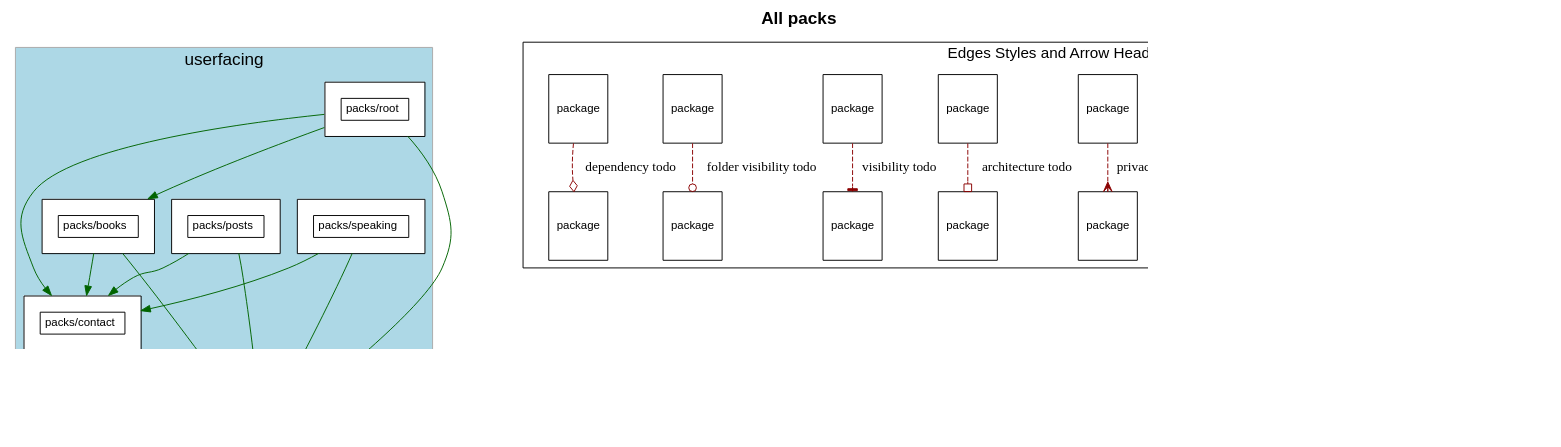
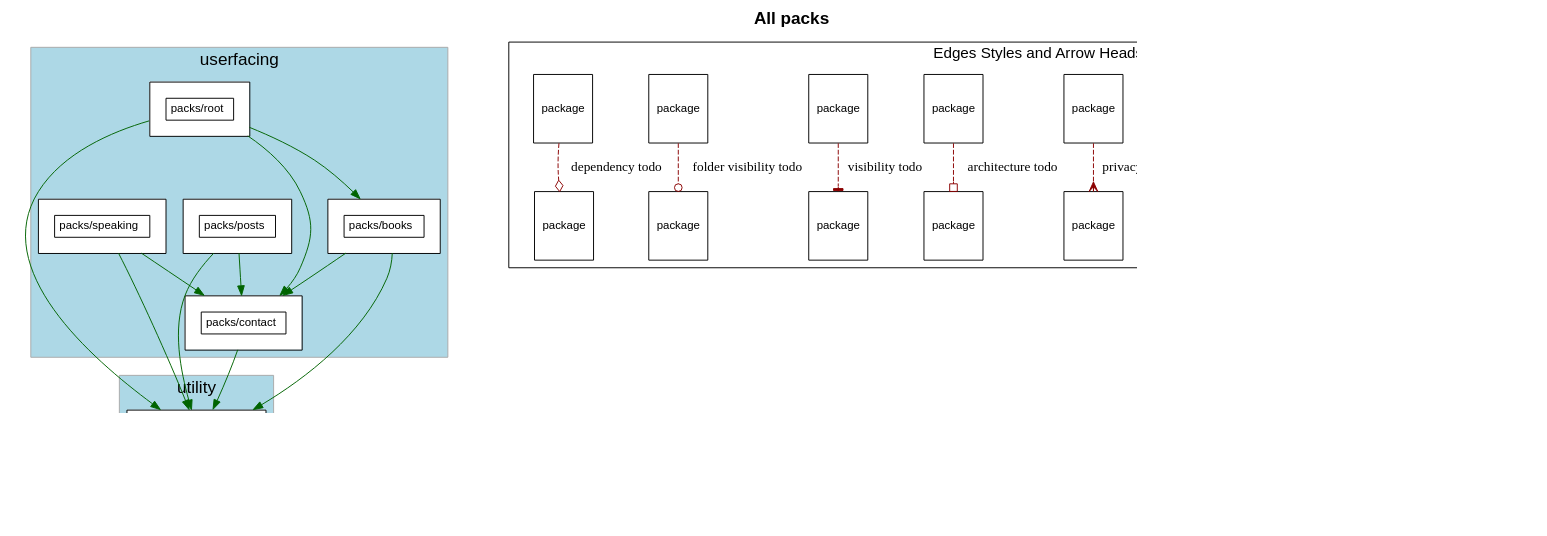
The diagram in packs.dot (shageman/stephanhagemann.com), drawn with Graphviz before and after one commit. The commit also changed 11 other files, not shown here.

```diff
--- a/packs.dot
+++ b/packs.dot
@@ -1,194 +1,195 @@
 digraph package_diagram {
   rankdir=TD
   graph [
     labelloc="t"
     fontname="Helvetica,Arial,sans-serif"
     dpi=100
     layout=dot
     label=<<b>All packs</b><br/>>
     fontsize=18
   ]
   node [
     fontname="Helvetica,Arial,sans-serif"
     fontsize=26.0
     fontcolor=black
     fillcolor=white
     color=black
     height=1.0
     style=filled
     shape=plain
   ]
     subgraph application_harness {
       shape=box
       color=darkgrey
       fillcolor=lightblue
       style=filled
         label="application_harness"
         cluster=true
         rank = 0    }
     subgraph userfacing {
       shape=box
       color=darkgrey
       fillcolor=lightblue
       style=filled
         label="userfacing"
         cluster=true
         rank = 1        "packs/books" [
             fontsize=12.0
             label= <
                 <table border='0' cellborder='1' cellspacing='0' cellpadding='16'><tr><td>
                   <table border='0' cellborder='1' cellspacing='0' cellpadding='4'>
                     <tr> <td port='private'> packs/books </td> </tr>
                   </table>
                   </td></tr>
                   </table>
               >
           ]
         
         "packs/contact" [
             fontsize=12.0
             label= <
                 <table border='0' cellborder='1' cellspacing='0' cellpadding='16'><tr><td>
                   <table border='0' cellborder='1' cellspacing='0' cellpadding='4'>
                     <tr> <td port='private'> packs/contact </td> </tr>
                   </table>
                   </td></tr>
                   </table>
               >
           ]
         
         "packs/posts" [
             fontsize=12.0
             label= <
                 <table border='0' cellborder='1' cellspacing='0' cellpadding='16'><tr><td>
                   <table border='0' cellborder='1' cellspacing='0' cellpadding='4'>
                     <tr> <td port='private'> packs/posts </td> </tr>
                   </table>
                   </td></tr>
                   </table>
               >
           ]
         
         "packs/root" [
             fontsize=12.0
             label= <
                 <table border='0' cellborder='1' cellspacing='0' cellpadding='16'><tr><td>
                   <table border='0' cellborder='1' cellspacing='0' cellpadding='4'>
                     <tr> <td port='private'> packs/root </td> </tr>
                   </table>
                   </td></tr>
                   </table>
               >
           ]
         
         "packs/speaking" [
             fontsize=12.0
             label= <
                 <table border='0' cellborder='1' cellspacing='0' cellpadding='16'><tr><td>
                   <table border='0' cellborder='1' cellspacing='0' cellpadding='4'>
                     <tr> <td port='private'> packs/speaking </td> </tr>
                   </table>
                   </td></tr>
                   </table>
               >
           ]
         
     }
     subgraph utility {
       shape=box
       color=darkgrey
       fillcolor=lightblue
       style=filled
         label="utility"
         cluster=true
         rank = 2        "packs/nav_bar" [
             fontsize=12.0
             label= <
                 <table border='0' cellborder='1' cellspacing='0' cellpadding='16'><tr><td>
                   <table border='0' cellborder='1' cellspacing='0' cellpadding='4'>
                     <tr> <td port='private'> packs/nav_bar </td> </tr>
                   </table>
                   </td></tr>
                   </table>
               >
           ]
         
         "packs/rails_shims" [
             fontsize=12.0
             label= <
                 <table border='0' cellborder='1' cellspacing='0' cellpadding='16'><tr><td>
                   <table border='0' cellborder='1' cellspacing='0' cellpadding='4'>
                     <tr> <td port='private'> packs/rails_shims </td> </tr>
                   </table>
                   </td></tr>
                   </table>
               >
           ]
         
     }
               "packs/books" -> "packs/nav_bar" [ style=invis ]
               "packs/contact" -> "packs/nav_bar" [ style=invis ]
               "packs/posts" -> "packs/nav_bar" [ style=invis ]
               "packs/root" -> "packs/nav_bar" [ style=invis ]
               "packs/speaking" -> "packs/nav_bar" [ style=invis ]
               "packs/books" -> "packs/rails_shims" [ style=invis ]
               "packs/contact" -> "packs/rails_shims" [ style=invis ]
               "packs/posts" -> "packs/rails_shims" [ style=invis ]
               "packs/root" -> "packs/rails_shims" [ style=invis ]
               "packs/speaking" -> "packs/rails_shims" [ style=invis ]
     subgraph NotInLayer {
       shape=box
       color=darkgrey
       fillcolor=lightblue
       style=filled
         cluster=false
     }
           "packs/books" -> "packs/rails_shims" [ color=darkgreen ]
           "packs/books" -> "packs/contact" [ color=darkgreen ]
           "packs/contact" -> "packs/rails_shims" [ color=darkgreen ]
           "packs/posts" -> "packs/rails_shims" [ color=darkgreen ]
           "packs/posts" -> "packs/contact" [ color=darkgreen ]
+          "packs/rails_shims" -> "packs/nav_bar" [ color=darkgreen ]
           "packs/root" -> "packs/rails_shims" [ color=darkgreen ]
           "packs/root" -> "packs/books" [ color=darkgreen ]
           "packs/root" -> "packs/contact" [ color=darkgreen ]
           "packs/speaking" -> "packs/rails_shims" [ color=darkgreen ]
           "packs/speaking" -> "packs/contact" [ color=darkgreen ]
     subgraph cluster_legend {
       fontsize=16
       label="Edges Styles and Arrow Heads"
       A [ fontsize=12 shape=box label="package"]
       B [ fontsize=12 shape=box label="package"]
       A -> B [label="accepted dependency" color=darkgreen]
       M [ fontsize=12 shape=box label="package"]
       N [ fontsize=12 shape=box label="package"]
       M -> N [label="nested package" color=purple]
       O [ fontsize=12 shape=box label="package"]
       P [ fontsize=12 shape=box label="package"]
       O -> P [label="visible to" color=blue]
       C [ fontsize=12 shape=box label="package"]
       D [ fontsize=12 shape=box label="package"]
       C -> D [label="privacy todo" color=darkred style=dashed arrowhead=crow]
       E [ fontsize=12 shape=box label="package"]
       F [ fontsize=12 shape=box label="package"]
       E -> F [label="architecture todo" color=darkred style=dashed arrowhead=obox]
       G [ fontsize=12 shape=box label="package"]
       H [ fontsize=12 shape=box label="package"]
       G -> H [label="visibility todo" color=darkred style=dashed arrowhead=tee]
       I [ fontsize=12 shape=box label="package"]
       J [ fontsize=12 shape=box label="package"]
       I -> J [label="folder visibility todo" color=darkred style=dashed arrowhead=odot]
       K [ fontsize=12 shape=box label="package"]
       L [ fontsize=12 shape=box label="package"]
       K -> L [label="dependency todo" color=darkred style=dashed arrowhead=odiamond]
       LEGEND_NODE_1 [ label="" peripheries=0 height=0 width=0 style=invis ]
       LEGEND_NODE_2 [ label="" peripheries=0 height=0 width=0 style=invis ]
       LEGEND_NODE_1 -> LEGEND_NODE_2 [ style=invis ]
     }
   subgraph cluster_teams_legend {
     fontsize=16
     label="Team Colors"
 
 
   }
     LEGEND_NODE_2 -> "" [style=invis]
 }
```
